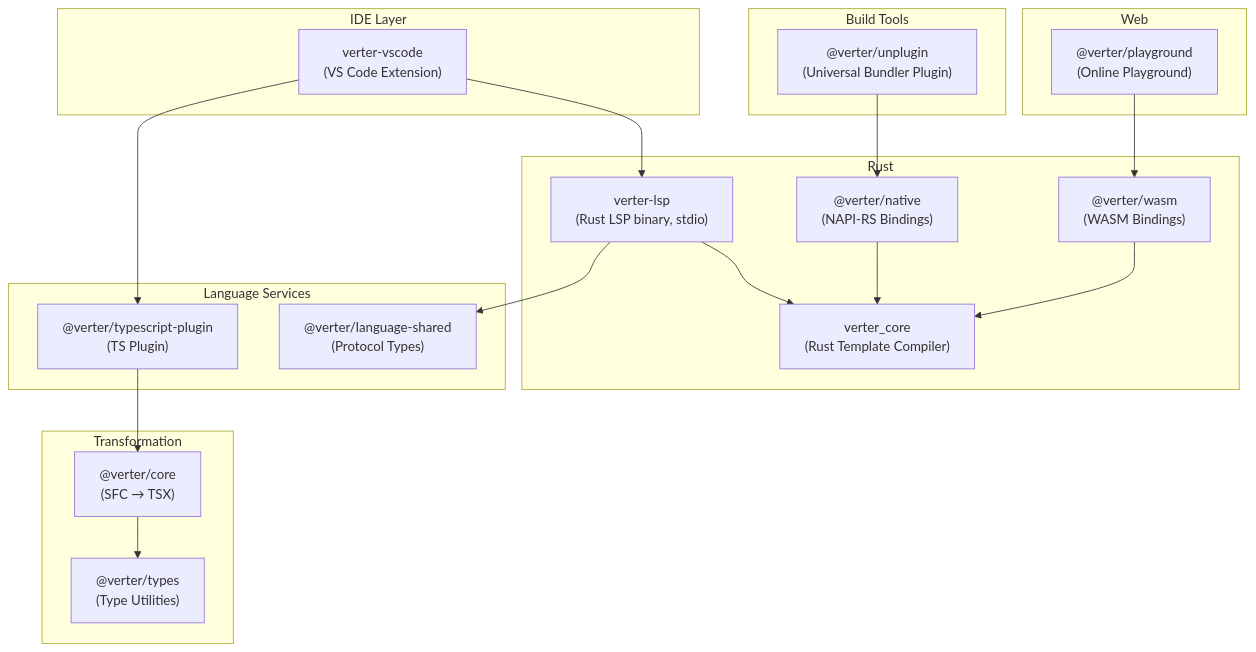
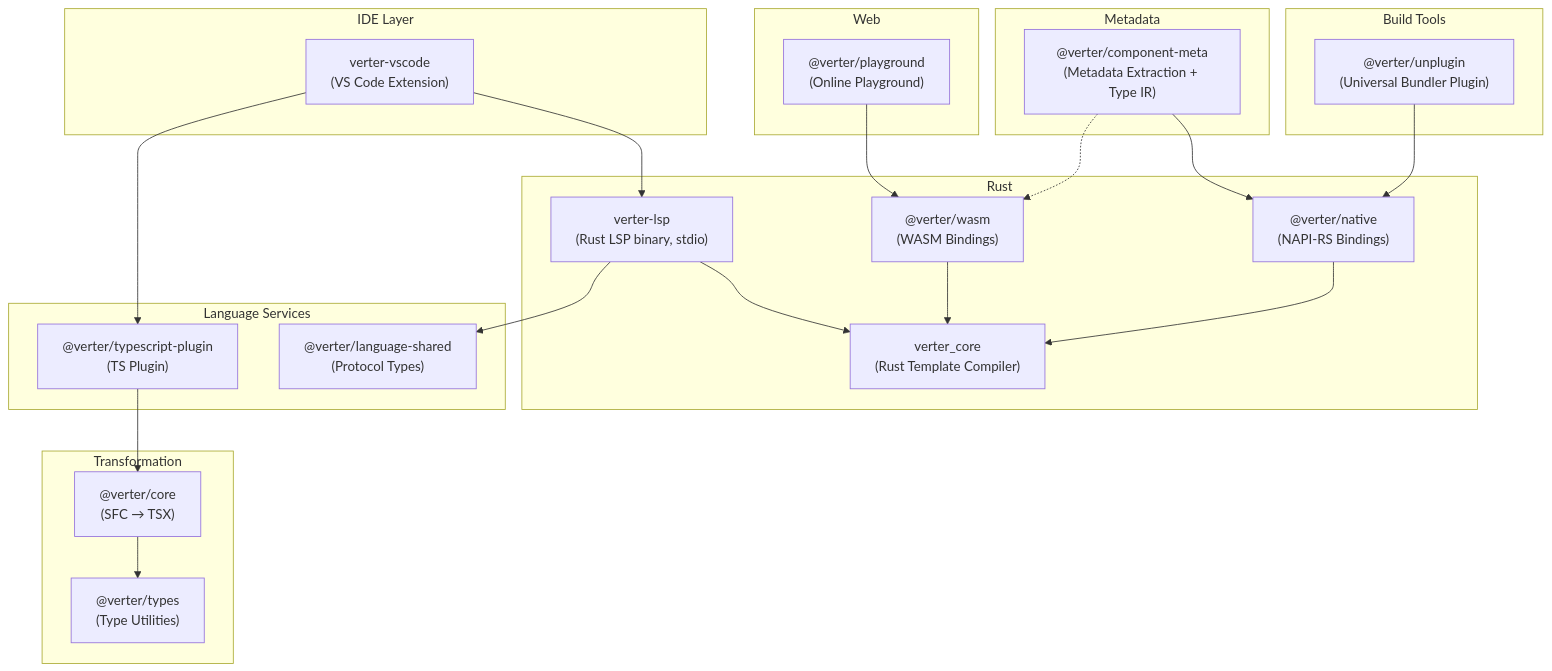
Before and after one commit to pikax/verter: the first of 3 diagrams in docs/guide/architecture.md, drawn with Mermaid. The commit also changed other lines of this file and 2 other files, not shown here.

Commit message:
docs(*): add @verter/component-meta to architecture docs
Update package dependency graph, repository structure, mermaid diagrams,
TypeScript packages table, and commit convention scopes in CLAUDE.md,
readme.md, and docs/guide/architecture.md.

````diff
--- a/docs/guide/architecture.md
+++ b/docs/guide/architecture.md
@@ -11,36 +11,41 @@
 ```mermaid
 graph TB
     subgraph "IDE Layer"
         VSCode["verter-vscode<br/>(VS Code Extension)"]
     end
     subgraph "Rust"
         LSP["verter-lsp<br/>(Rust LSP binary, stdio)"]
         Native["@verter/native<br/>(NAPI-RS Bindings)"]
         WASM["@verter/wasm<br/>(WASM Bindings)"]
         RustCore["verter_core<br/>(Rust Template Compiler)"]
     end
     subgraph "Language Services"
         TSPlugin["@verter/typescript-plugin<br/>(TS Plugin)"]
         Shared["@verter/language-shared<br/>(Protocol Types)"]
     end
     subgraph "Transformation"
         Core["@verter/core<br/>(SFC → TSX)"]
         Types["@verter/types<br/>(Type Utilities)"]
     end
     subgraph "Build Tools"
         Unplugin["@verter/unplugin<br/>(Universal Bundler Plugin)"]
     end
+    subgraph "Metadata"
+        ComponentMeta["@verter/component-meta<br/>(Metadata Extraction + Type IR)"]
+    end
     subgraph "Web"
         Playground["@verter/playground<br/>(Online Playground)"]
     end
     VSCode --> LSP
     VSCode --> TSPlugin
     LSP --> RustCore
     LSP --> Shared
     TSPlugin --> Core
     Core --> Types
     Native --> RustCore
     WASM --> RustCore
     Unplugin --> Native
     Playground --> WASM
+    ComponentMeta --> Native
+    ComponentMeta -.-> WASM
 ```
````
